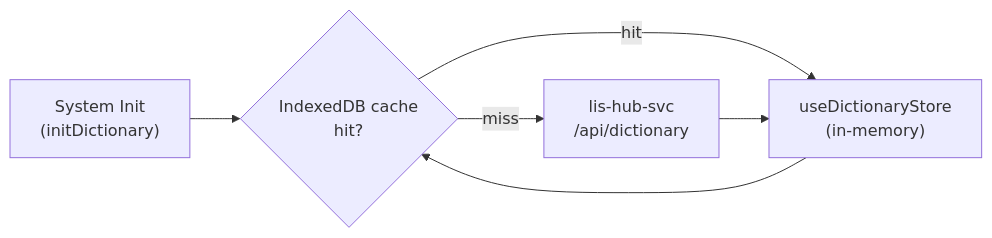
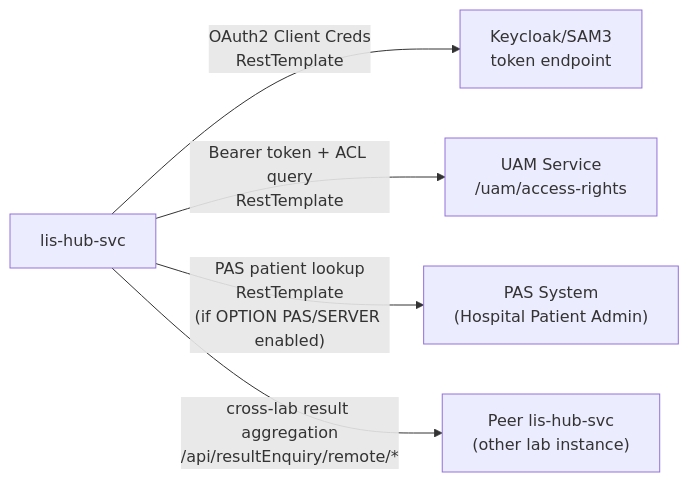
One commit to DragonChong/HA-Notes changed the fourth of 5 diagrams in LIS/ECP/Micro-Frontend-Backend Architecture/03 - Backend Microservices.md. Above: the diagram before and after it, drawn with Mermaid. The commit also changed other lines of this file and 2 other files, not shown here.

````diff
--- a/LIS/ECP/Micro-Frontend-Backend Architecture/03 - Backend Microservices.md
+++ b/LIS/ECP/Micro-Frontend-Backend Architecture/03 - Backend Microservices.md
@@ -156,13 +169,9 @@
 ```mermaid
-flowchart LR
-    Init["System Init\n(initDictionary)"]
-    IDB{IndexedDB cache\nhit?}
-    Zustand["useDictionaryStore\n(in-memory)"]
-    API["lis-hub-svc\n/api/dictionary"]
+graph LR
+    HubSvc["lis-hub-svc"]
 
-    Init --> IDB
-    IDB -->|"hit"| Zustand
-    IDB -->|"miss"| API
-    API --> Zustand
-    Zustand --> IDB
+    HubSvc -->|"OAuth2 Client Creds\nRestTemplate"| KC["Keycloak/SAM3\ntoken endpoint"]
+    HubSvc -->|"Bearer token + ACL query\nRestTemplate"| UAM["UAM Service\n/uam/access-rights"]
+    HubSvc -->|"PAS patient lookup\nRestTemplate\n(if OPTION PAS/SERVER enabled)"| PAS["PAS System\n(Hospital Patient Admin)"]
+    HubSvc -->|"cross-lab result aggregation\n/api/resultEnquiry/remote/*"| OtherLab["Peer lis-hub-svc\n(other lab instance)"]
 ```
````
